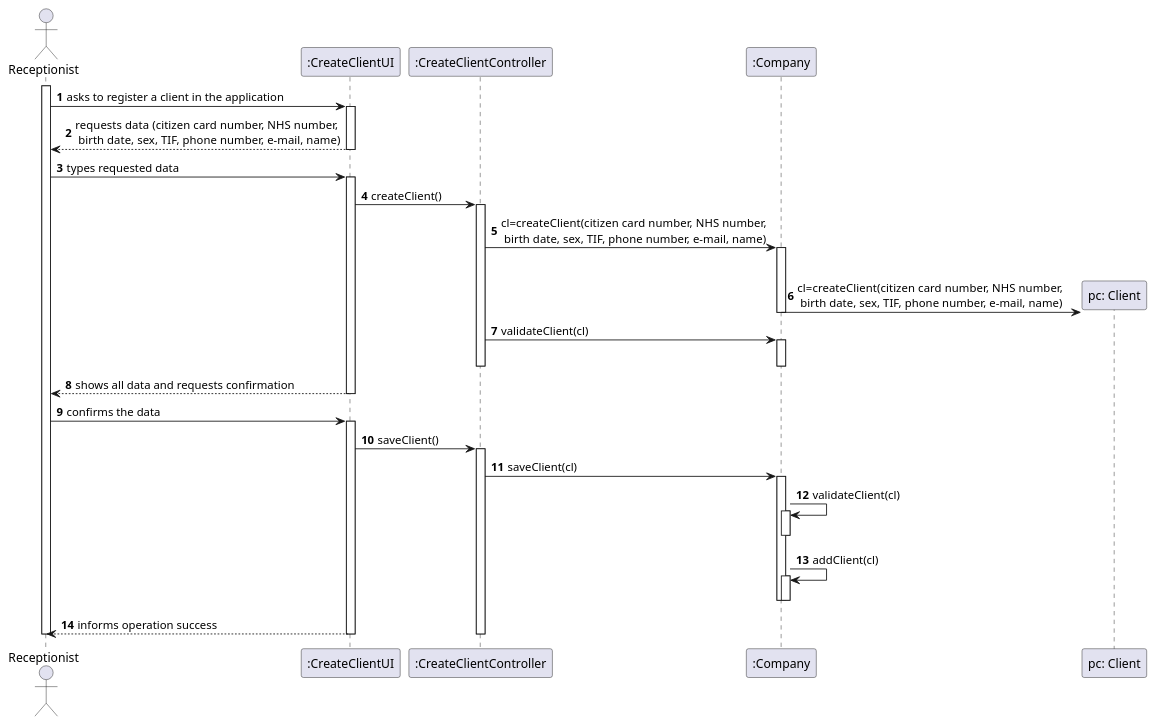
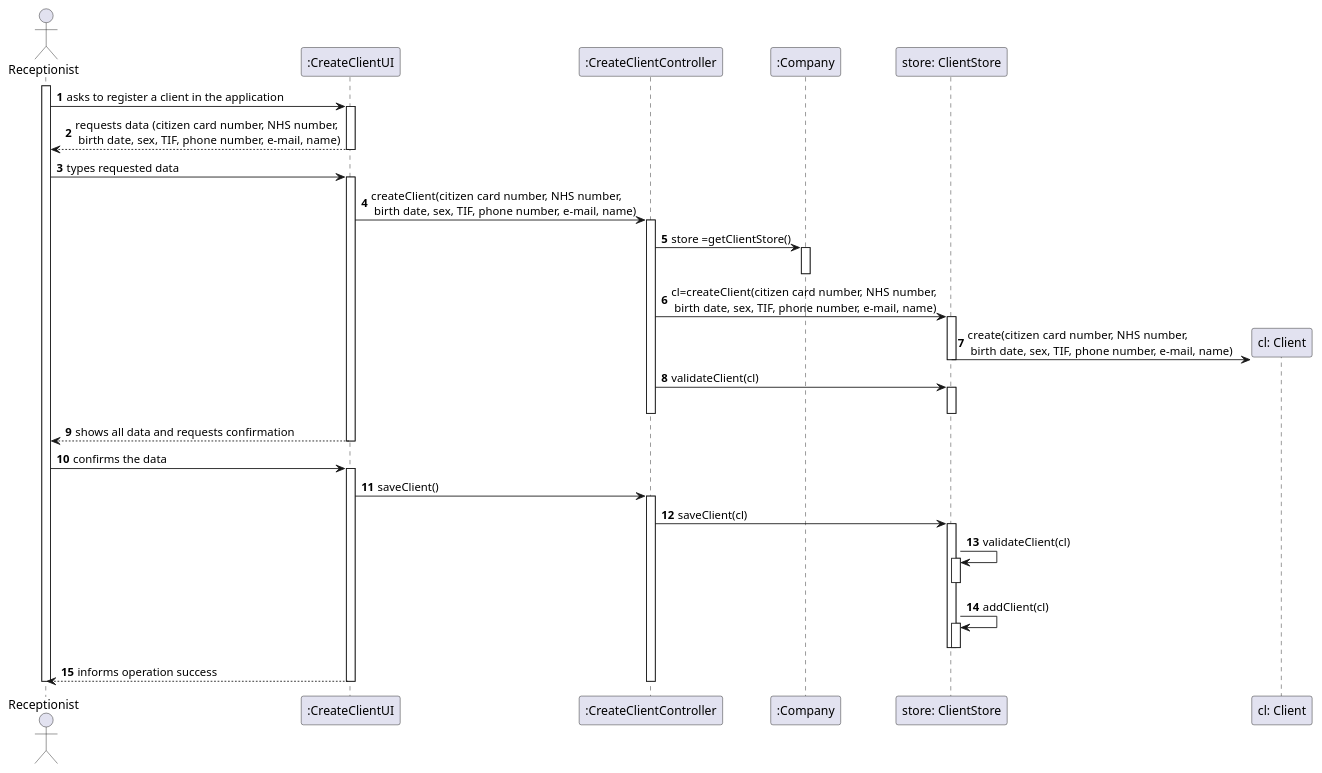
The diagram in docs/SprintB/US03/US3_SD.puml (manu-07-ela/LAPR2_ISEP), drawn with PlantUML before and after one commit. The commit also changed 2 other files, not shown here.

```diff
--- a/docs/SprintB/US03/US3_SD.puml
+++ b/docs/SprintB/US03/US3_SD.puml
@@ -1,61 +1,65 @@
 @startuml
 autonumber
 'hide footbox
 actor "Receptionist" as REP
 
 participant ":CreateClientUI" as UI
 participant ":CreateClientController" as CTRL
 participant ":Company" as COMP
-participant "pc: Client" as PC
+participant "store: ClientStore" as CS
+participant "cl: Client" as CL
 
 activate REP
 REP -> UI : asks to register a client in the application
 activate UI
 UI --> REP : requests data (citizen card number, NHS number,\n birth date, sex, TIF, phone number, e-mail, name)
 deactivate UI
 
 REP -> UI : types requested data
 activate UI
 
-UI -> CTRL : createClient()
+UI -> CTRL : createClient(citizen card number, NHS number,\n birth date, sex, TIF, phone number, e-mail, name)
 activate CTRL
 
-CTRL -> COMP : cl=createClient(citizen card number, NHS number,\n birth date, sex, TIF, phone number, e-mail, name)
-activate COMP
-|||
-
-COMP -> PC** : cl=createClient(citizen card number, NHS number,\n birth date, sex, TIF, phone number, e-mail, name)
-deactivate COMP
-CTRL -> COMP : validateClient(cl)
+CTRL -> COMP : store =getClientStore()
 activate COMP
 deactivate COMP
+
+CTRL -> CS : cl=createClient(citizen card number, NHS number,\n birth date, sex, TIF, phone number, e-mail, name)
+activate CS
+
+CS -> CL** : create(citizen card number, NHS number,\n birth date, sex, TIF, phone number, e-mail, name)
+deactivate CS
+CTRL -> CS : validateClient(cl)
+activate CS
+deactivate CS
 deactivate CTRL
 
 UI --> REP : shows all data and requests confirmation
 deactivate COMP
 deactivate UI
 
 REP -> UI : confirms the data
 activate UI
 UI -> CTRL : saveClient()
 activate CTRL
 
-CTRL -> COMP : saveClient(cl)
-activate COMP
+CTRL -> CS : saveClient(cl)
+activate CS
 
-COMP -> COMP: validateClient(cl)
-activate COMP
-deactivate COMP
-COMP -> COMP: addClient(cl)
-activate COMP
-deactivate COMP
-deactivate COMP
+CS -> CS: validateClient(cl)
+activate CS
+deactivate CS
+CS -> CS: addClient(cl)
+activate CS
+deactivate CS
+deactivate CS
 
 UI --> REP : informs operation success
 deactivate COMP
 deactivate CTRL
 deactivate UI
 
 deactivate REP
 
 @enduml
```
